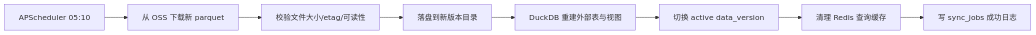
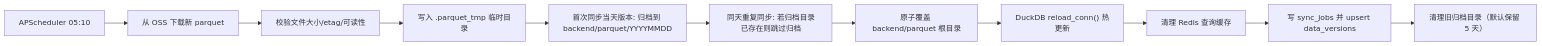
The second of 2 diagrams in 架构/Apex整体技术架构实现方案.md (adammeng/apex), drawn with Mermaid before and after one commit. The commit also changed other lines of this file and 3 other files, not shown here.

````diff
--- a/架构/Apex整体技术架构实现方案.md
+++ b/架构/Apex整体技术架构实现方案.md
@@ -440,10 +437,13 @@
 ```mermaid
 flowchart LR
     A["APScheduler 05:10"] --> B["从 OSS 下载新 parquet"]
     B --> C["校验文件大小/etag/可读性"]
-    C --> D["落盘到新版本目录"]
-    D --> E["DuckDB 重建外部表与视图"]
-    E --> F["切换 active data_version"]
-    F --> G["清理 Redis 查询缓存"]
-    G --> H["写 sync_jobs 成功日志"]
+    C --> D["写入 .parquet_tmp 临时目录"]
+    D --> E["首次同步当天版本: 归档到 backend/parquet/YYYYMMDD"]
+    E --> F["同天重复同步: 若归档目录已存在则跳过归档"]
+    F --> G["原子覆盖 backend/parquet 根目录"]
+    G --> H["DuckDB reload_conn() 热更新"]
+    H --> I["清理 Redis 查询缓存"]
+    I --> J["写 sync_jobs 并 upsert data_versions"]
+    J --> K["清理旧归档目录（默认保留 5 天）"]
 ```
````
